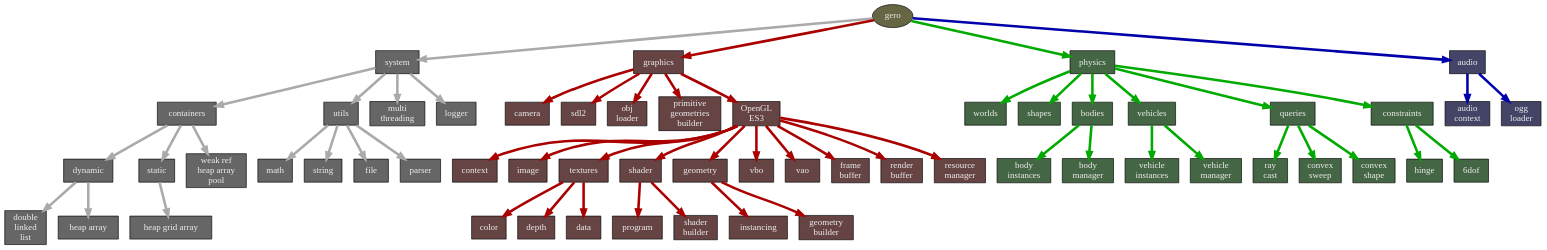
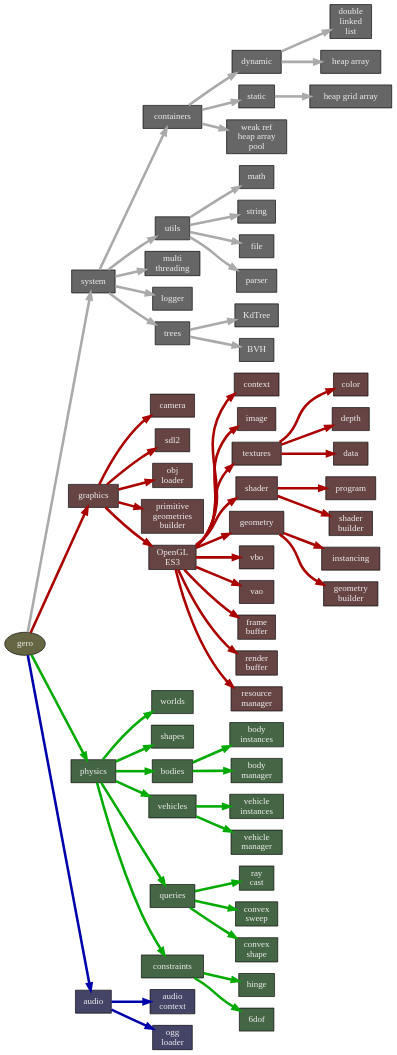
Before and after one commit to GuillaumeBouchetEpitech/geronimo: the diagram in diagrams/mindmap.dot, drawn with Graphviz. The commit also changed 20 other files, not shown here.

```diff
--- a/diagrams/mindmap.dot
+++ b/diagrams/mindmap.dot
@@ -4,6 +4,8 @@
   bgcolor="transparent"
 
   compound=true;
+
+  rankdir="LR"
 
 
   node [
@@ -63,6 +65,13 @@
     system -> multi_threading
     logger [label="logger"]
     system -> logger
+
+    trees [label="trees"]
+    system -> trees
+      kdtree [label="KdTree"]
+      trees -> kdtree
+      bvhtree [label="BVH"]
+      trees -> bvhtree
 
 
 
```
